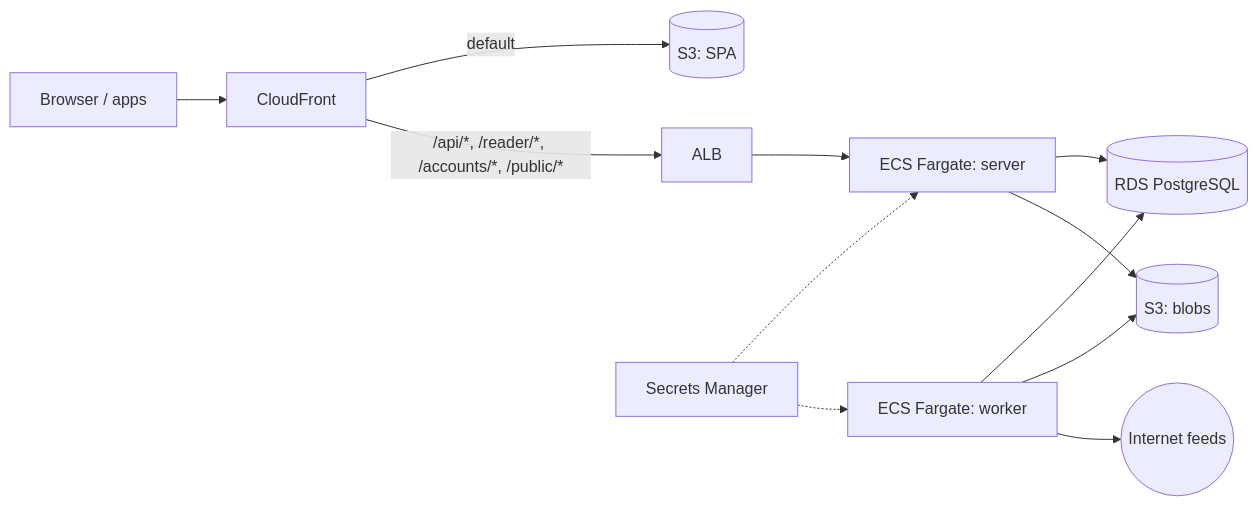
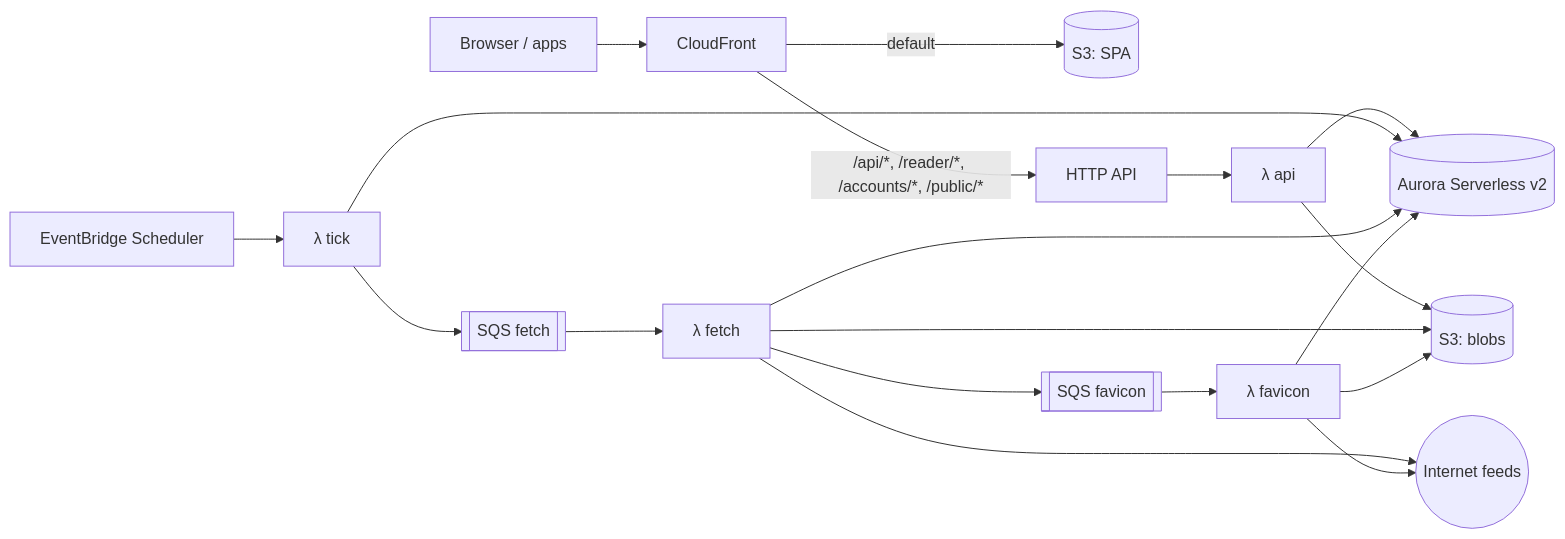
Before and after one commit to newses-app/newses: the diagram in docs/architecture.md, drawn with Mermaid. The commit also changed other lines of this file and 8 other files, not shown here.

````diff
--- a/docs/architecture.md
+++ b/docs/architecture.md
@@ -255,14 +257,12 @@
 ```mermaid
 flowchart LR
   U[Browser / apps] --> CF[CloudFront]
   CF -- default --> S3W[(S3: SPA)]
-  CF -- "/api/*, /reader/*, /accounts/*, /public/*" --> ALB[ALB]
-  ALB --> SRV[ECS Fargate: server]
-  WRK[ECS Fargate: worker] --> RDS
-  SRV --> RDS[(RDS PostgreSQL)]
-  SRV --> S3B[(S3: blobs)]
-  WRK --> S3B
-  WRK --> NET((Internet feeds))
-  SM[Secrets Manager] -.-> SRV
-  SM -.-> WRK
+  CF -- "/api/*, /reader/*, /accounts/*, /public/*" --> API[HTTP API] --> FA[λ api]
+  EB[EventBridge Scheduler] --> FT[λ tick]
+  FT --> QF[[SQS fetch]] --> FF[λ fetch]
+  FF --> QI[[SQS favicon]] --> FI[λ favicon]
+  FA & FT & FF & FI --> DB[(Aurora Serverless v2)]
+  FA & FF & FI --> S3B[(S3: blobs)]
+  FF & FI --> NET((Internet feeds))
 ```
````
